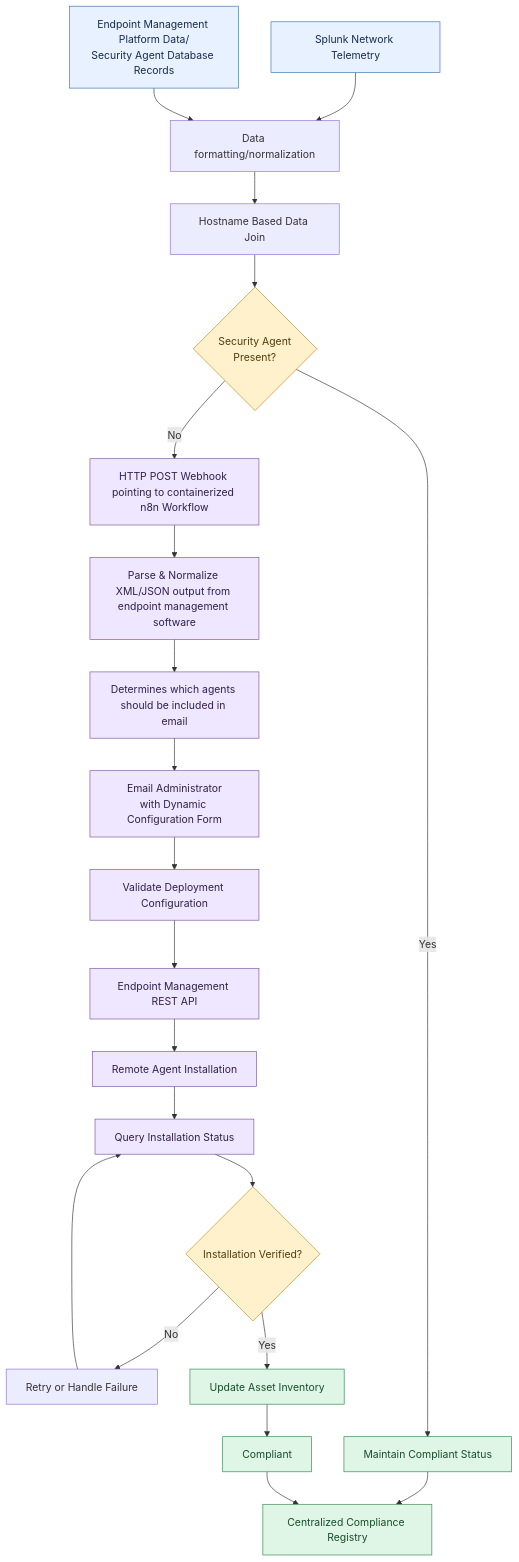
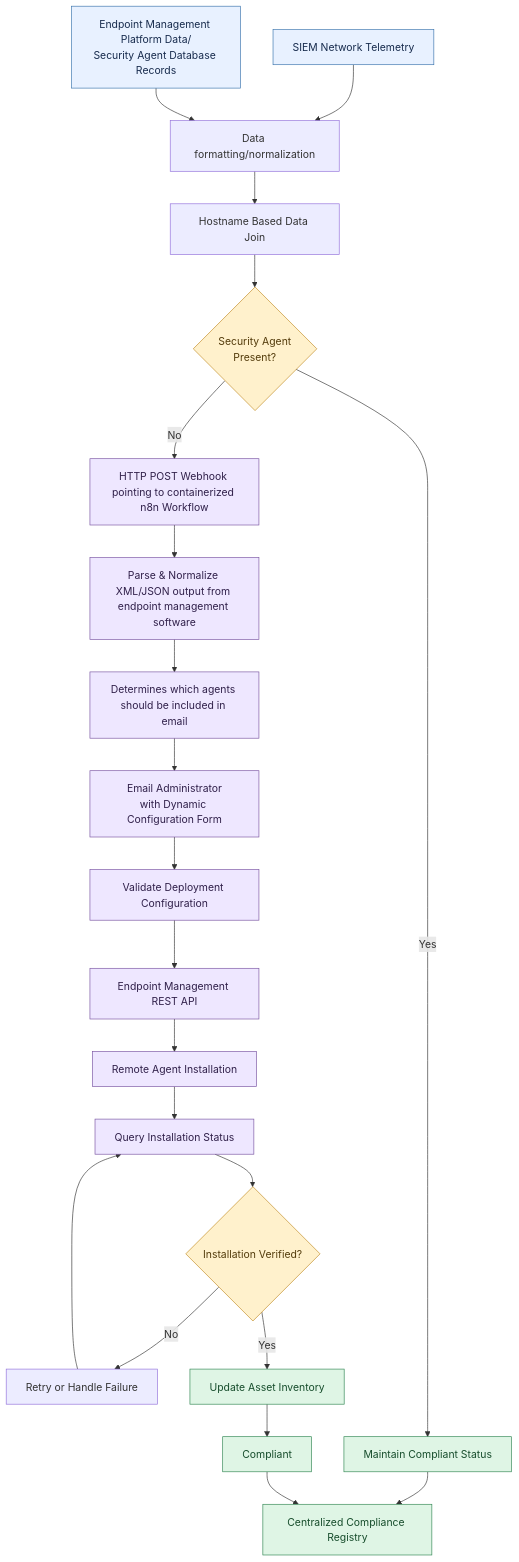
Before and after one commit to KaziHossain15/C2C-Pipeline: the first of 2 diagrams in README.md, drawn with Mermaid. The commit also changed other lines of this file, not shown here.

Commit message:
Replace 'SIEM' in README.md

````diff
--- a/README.md
+++ b/README.md
@@ -22,41 +22,41 @@
 ```mermaid
 flowchart TD
-    A["Splunk Network Telemetry"] --> C["Data formatting/normalization"]
+    A["SIEM Network Telemetry"] --> C["Data formatting/normalization"]
     B["Endpoint Management Platform Data/<br/>Security Agent Database Records"] --> C
 
     C --> D["Hostname Based Data Join"]
     D --> E{"Security Agent<br/>Present?"}
 
     E -->|Yes| F["Maintain Compliant Status"]
     E -->|No| G["HTTP POST Webhook pointing to containerized n8n Workflow"]
 
     G --> H["Parse & Normalize XML/JSON output from endpoint management software"]
     H --> I["Determines which agents should be included in email"]
     I --> J["Email Administrator<br/>with Dynamic Configuration Form"]
 
     J --> K["Validate Deployment Configuration"]
     K --> L["Endpoint Management REST API"]
     L --> M["Remote Agent Installation"]
 
     M --> N["Query Installation Status"]
     N --> O{"Installation Verified?"}
 
     O -->|No| P["Retry or Handle Failure"]
     P --> N
 
     O -->|Yes| Q["Update Asset Inventory"]
     Q --> R["Compliant"]
 
     F --> S["Centralized Compliance Registry"]
     R --> S
 
     classDef source fill:#e8f1ff,stroke:#3973ac,color:#172b4d
     classDef automation fill:#eee7ff,stroke:#7954a1,color:#30204a
     classDef decision fill:#fff1cc,stroke:#c08a22,color:#533b0b
     classDef success fill:#dff5e5,stroke:#318653,color:#174d2c
 
     class A,B source
     class G,H,I,J,K,L,M,N automation
     class E,O decision
     class F,Q,R,S success
 ```
````
